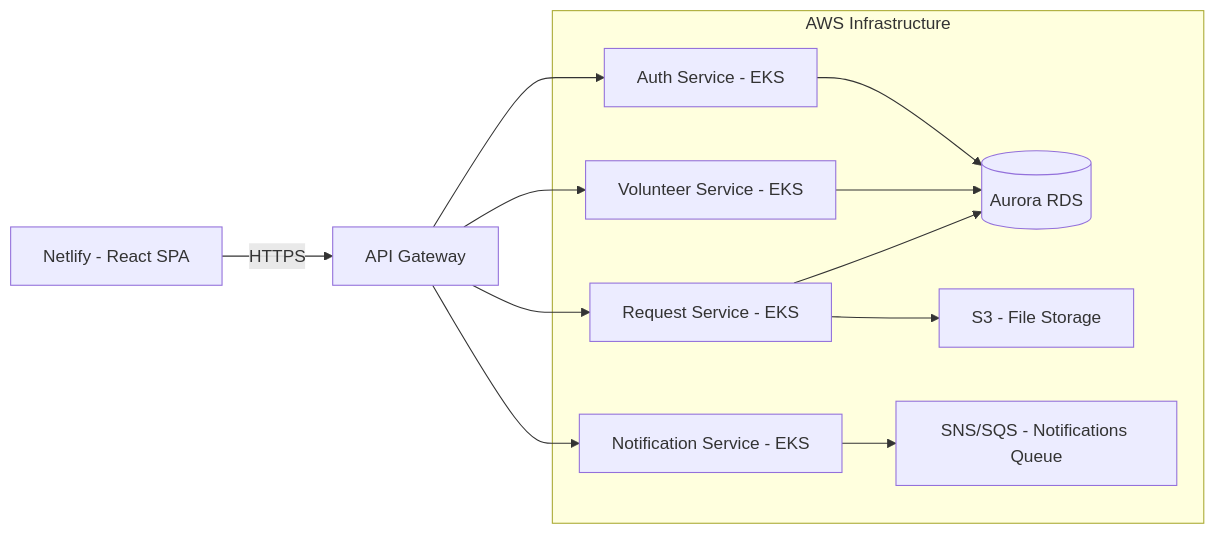
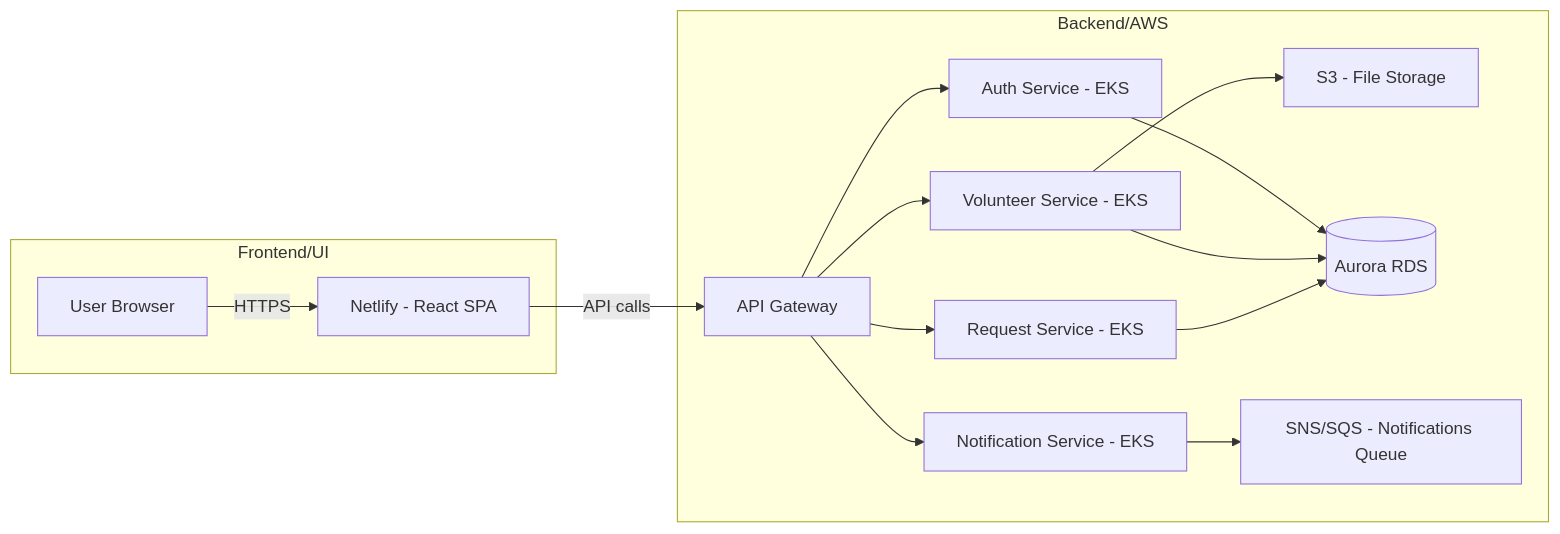
One commit to saayam-for-all/devsecops changed the first of 3 diagrams in docs/Saayam-Test-Architecture.md. Above: the diagram before and after it, drawn with Mermaid. The commit also changed other lines of this file, not shown here.

````diff
--- a/docs/Saayam-Test-Architecture.md
+++ b/docs/Saayam-Test-Architecture.md
@@ -24,22 +27,19 @@
 ```mermaid
 flowchart LR
-    A[Netlify - React SPA] -->|HTTPS| B[API Gateway]
-    B --> C[Auth Service - EKS]
-    B --> D[Volunteer Service - EKS]
-    B --> E[Request Service - EKS]
-    B --> F[Notification Service - EKS]
-    C --> G[(Aurora RDS)]
-    D --> G
-    E --> G
-    F --> H[SNS/SQS - Notifications Queue]
-    E --> I[S3 - File Storage]
-    subgraph AWS Infrastructure
-        C
-        D
-        E
-        F
-        G
-        H
-        I
+    subgraph Frontend/UI
+        A[User Browser] -->|HTTPS| B[Netlify - React SPA]
+    end
+
+    subgraph Backend/AWS
+        B -->|API calls| C[API Gateway]
+        C --> D[Auth Service - EKS]
+        C --> E[Volunteer Service - EKS]
+        C --> F[Request Service - EKS]
+        C --> G[Notification Service - EKS]
+        E --> H[S3 - File Storage]
+        D --> I[(Aurora RDS)]
+        E --> I
+        F --> I
+        G --> J[SNS/SQS - Notifications Queue]
     end
 ```
````
